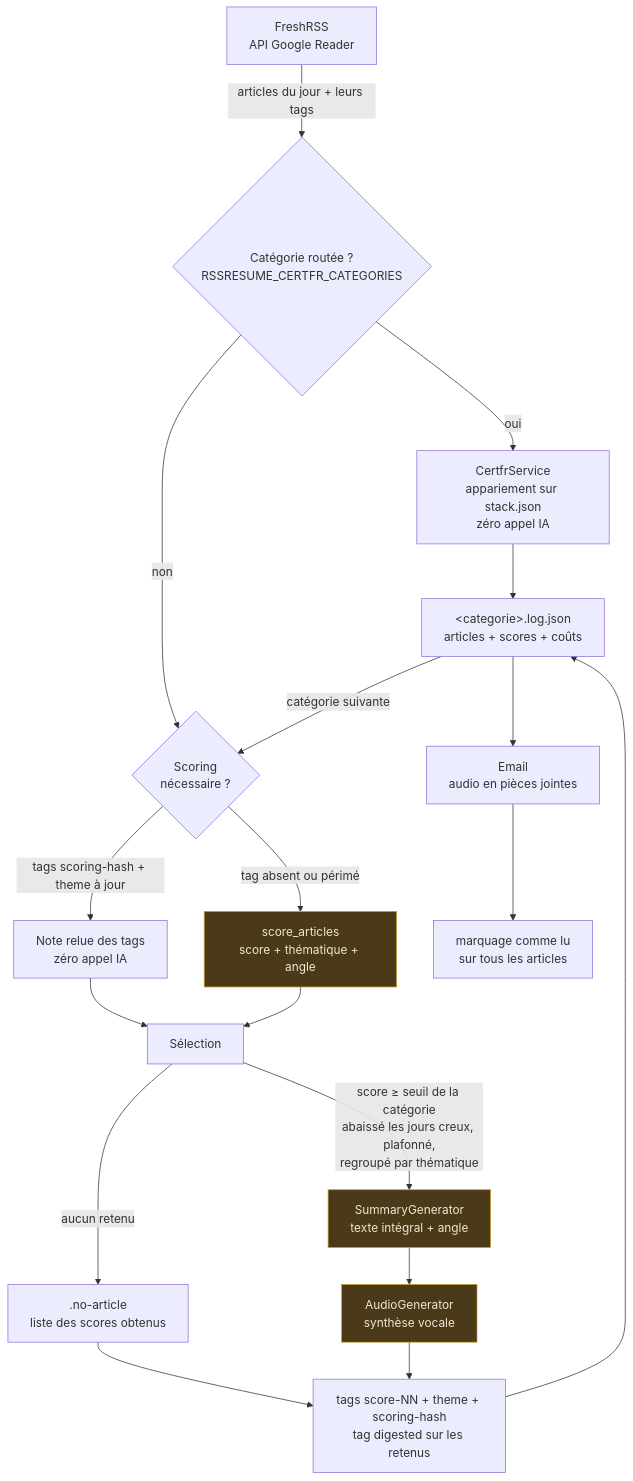
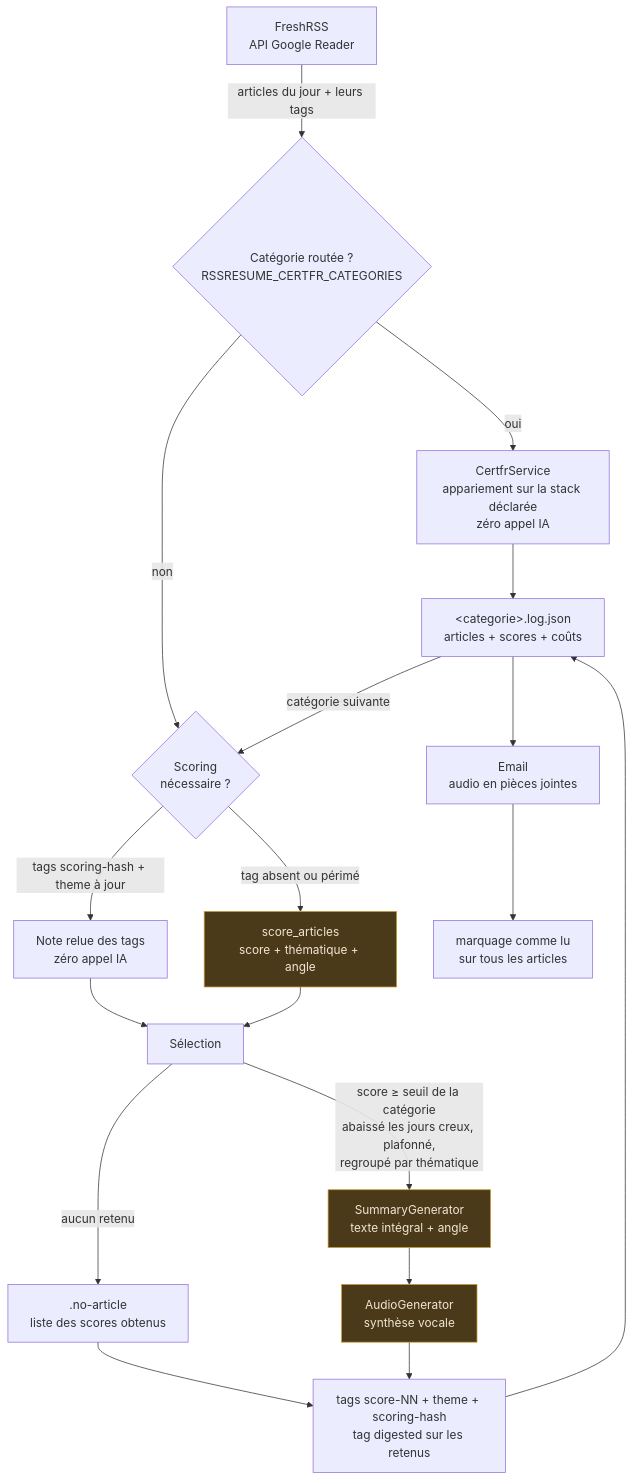
One commit to odrix/RSSResume changed the first of 2 diagrams in FONCTIONNEMENT.md. Above: the diagram before and after it, drawn with Mermaid. The commit also changed other lines of this file and 18 other files, not shown here.

````diff
--- a/FONCTIONNEMENT.md
+++ b/FONCTIONNEMENT.md
@@ -8,28 +8,28 @@
 ```mermaid
 flowchart TD
     A[FreshRSS<br/>API Google Reader] -->|articles du jour + leurs tags| R{Catégorie routée ?<br/>RSSRESUME_CERTFR_CATEGORIES}
 
-    R -->|oui| S["CertfrService<br/>appariement sur stack.json<br/>zéro appel IA"]
+    R -->|oui| S["CertfrService<br/>appariement sur la stack déclarée<br/>zéro appel IA"]
     S --> J
     R -->|non| B{Scoring<br/>nécessaire ?}
 
     B -->|tags scoring-hash + theme à jour| C[Note relue des tags<br/>zéro appel IA]
     B -->|tag absent ou périmé| D[score_articles<br/>score + thématique + angle]
 
     C --> E[Sélection]
     D --> E
 
     E -->|score ≥ seuil de la catégorie<br/>abaissé les jours creux, plafonné,<br/>regroupé par thématique| F[SummaryGenerator<br/>texte intégral + angle]
     E -->|aucun retenu| N[".no-article<br/>liste des scores obtenus"]
     N --> T
     F --> G[AudioGenerator<br/>synthèse vocale]
     G --> T[tags score-NN + theme + scoring-hash<br/>tag digested sur les retenus]
     T --> J["&lt;categorie&gt;.log.json<br/>articles + scores + coûts"]
     J -->|catégorie suivante| B
     J --> H[Email<br/>audio en pièces jointes]
     H --> L[marquage comme lu<br/>sur tous les articles]
 
     style D fill:#4a3a1a,stroke:#c99a2e,color:#f0e6d2
     style F fill:#4a3a1a,stroke:#c99a2e,color:#f0e6d2
     style G fill:#4a3a1a,stroke:#c99a2e,color:#f0e6d2
 ```
````
